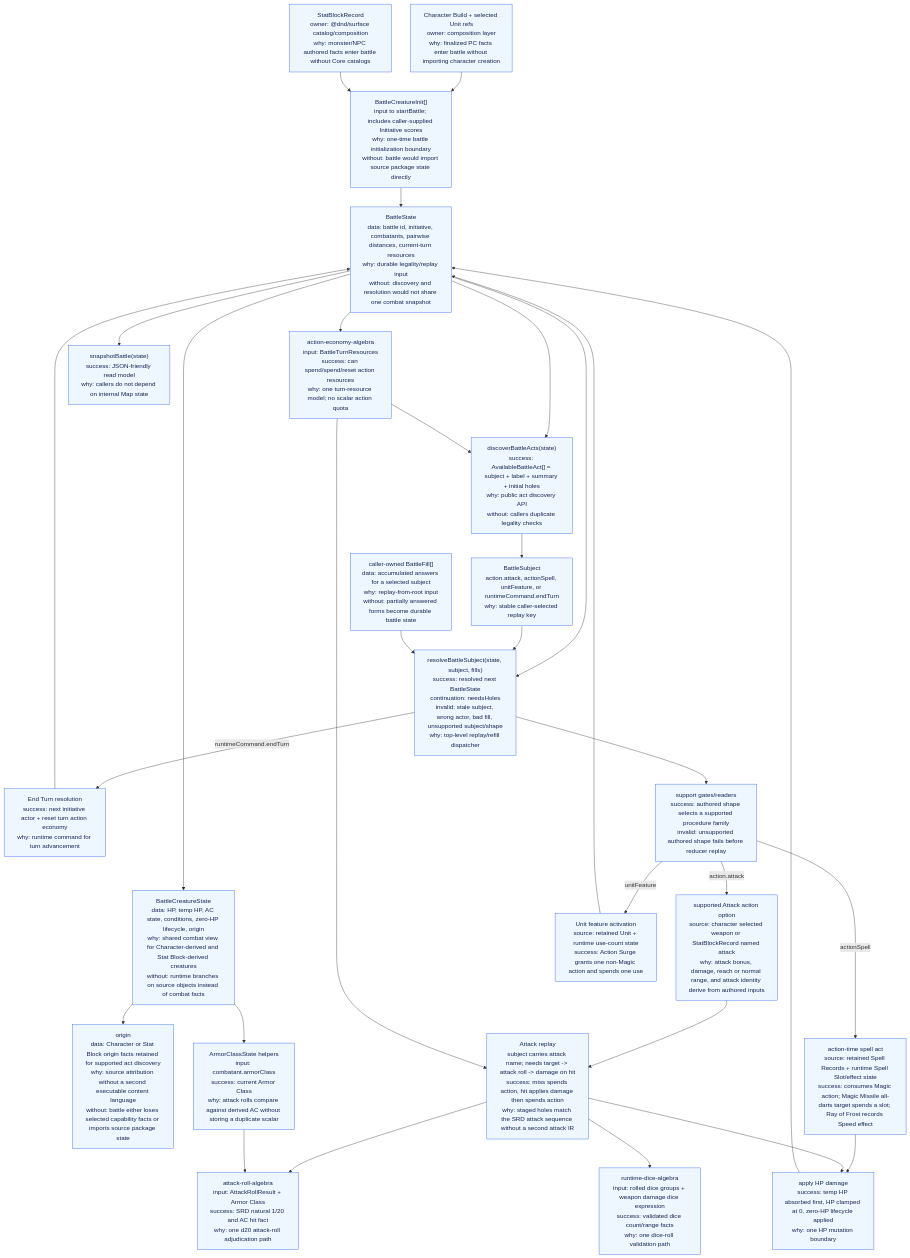
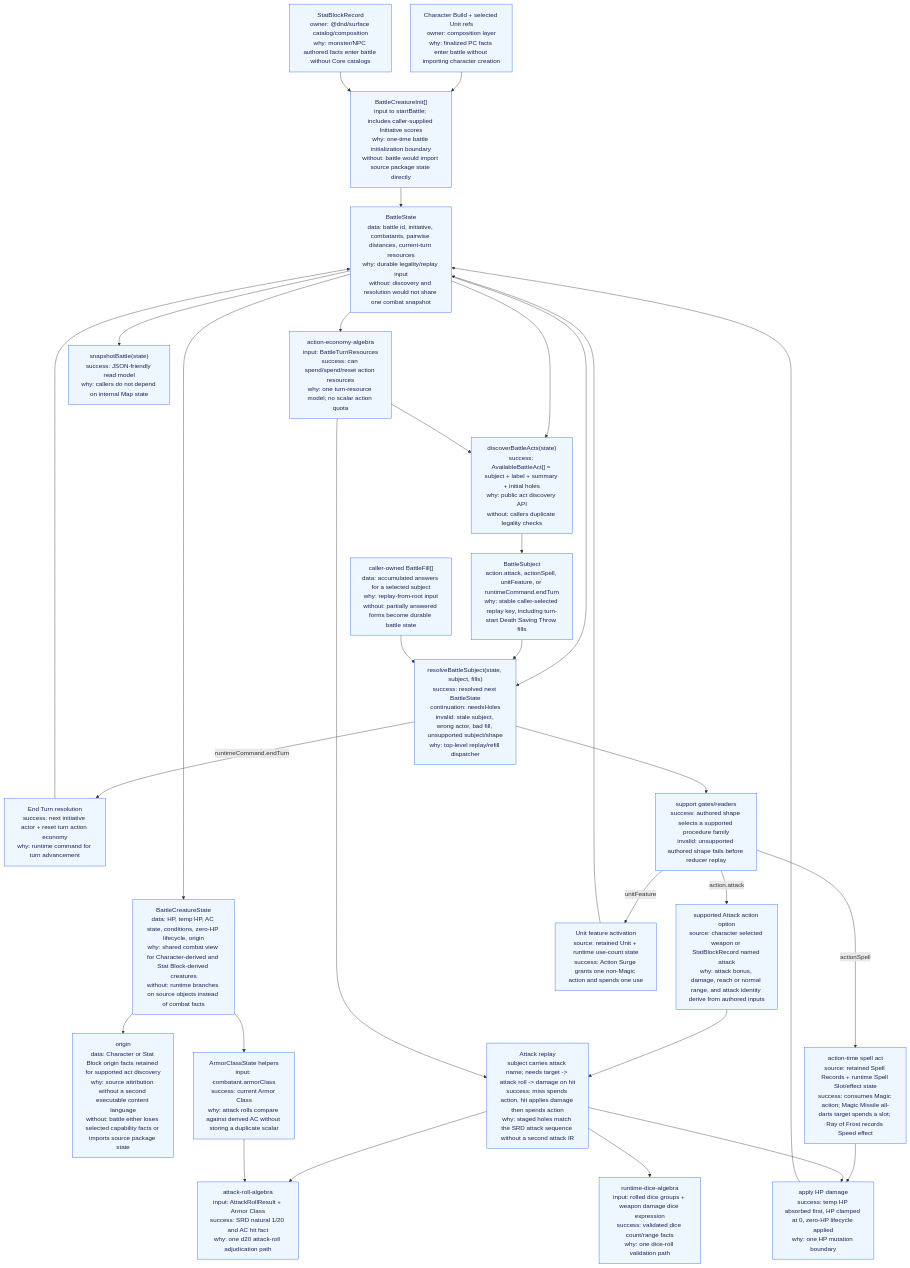
The first of 2 diagrams in packages/battle-runtime/ARCHITECTURE_GRAPH.md (dearlordylord/5e-quint), drawn with Mermaid before and after one commit. The commit also changed 16 other files, not shown here.

````diff
--- a/packages/battle-runtime/ARCHITECTURE_GRAPH.md
+++ b/packages/battle-runtime/ARCHITECTURE_GRAPH.md
@@ -32,51 +32,51 @@
 ```mermaid
 flowchart TD
   CharacterBuild["Character Build + selected Unit refs<br/>owner: composition layer<br/>why: finalized PC facts enter battle without importing character creation"]
   StatBlock["StatBlockRecord<br/>owner: @dnd/surface catalog/composition<br/>why: monster/NPC authored facts enter battle without Core catalogs"]
   Init["BattleCreatureInit[]<br/>input to startBattle; includes caller-supplied Initiative scores<br/>why: one-time battle initialization boundary<br/>without: battle would import source package state directly"]
   State["BattleState<br/>data: battle id, initiative, combatants, pairwise distances, current-turn resources<br/>why: durable legality/replay input<br/>without: discovery and resolution would not share one combat snapshot"]
   Creature["BattleCreatureState<br/>data: HP, temp HP, AC state, conditions, zero-HP lifecycle, origin<br/>why: shared combat view for Character-derived and Stat Block-derived creatures<br/>without: runtime branches on source objects instead of combat facts"]
   Origin["origin<br/>data: Character or Stat Block origin facts retained for supported act discovery<br/>why: source attribution without a second executable content language<br/>without: battle either loses selected capability facts or imports source package state"]
   ArmorClass["ArmorClassState helpers<br/>input: combatant.armorClass<br/>success: current Armor Class<br/>why: attack rolls compare against derived AC without storing a duplicate scalar"]
   ActionEconomy["action-economy-algebra<br/>input: BattleTurnResources<br/>success: can spend/spend/reset action resources<br/>why: one turn-resource model; no scalar action quota"]
   AttackRoll["attack-roll-algebra<br/>input: AttackRollResult + Armor Class<br/>success: SRD natural 1/20 and AC hit fact<br/>why: one d20 attack-roll adjudication path"]
   RuntimeDice["runtime-dice-algebra<br/>input: rolled dice groups + weapon damage dice expression<br/>success: validated dice count/range facts<br/>why: one dice-roll validation path"]
   Discover["discoverBattleActs(state)<br/>success: AvailableBattleAct[] = subject + label + summary + initial holes<br/>why: public act discovery API<br/>without: callers duplicate legality checks"]
-  Subject["BattleSubject<br/>action.attack, actionSpell, unitFeature, or runtimeCommand.endTurn<br/>why: stable caller-selected replay key"]
+  Subject["BattleSubject<br/>action.attack, actionSpell, unitFeature, or runtimeCommand.endTurn<br/>why: stable caller-selected replay key, including turn-start Death Saving Throw fills"]
   FillSession["caller-owned BattleFill[]<br/>data: accumulated answers for a selected subject<br/>why: replay-from-root input<br/>without: partially answered forms become durable battle state"]
   Resolve["resolveBattleSubject(state, subject, fills)<br/>success: resolved next BattleState<br/>continuation: needsHoles<br/>invalid: stale subject, wrong actor, bad fill, unsupported subject/shape<br/>why: top-level replay/refill dispatcher"]
   EndTurn["End Turn resolution<br/>success: next initiative actor + reset turn action economy<br/>why: runtime command for turn advancement"]
   Support["support gates/readers<br/>success: authored shape selects a supported procedure family<br/>invalid: unsupported authored shape fails before reducer replay"]
   AttackOption["supported Attack action option<br/>source: character selected weapon or StatBlockRecord named attack<br/>why: attack bonus, damage, reach or normal range, and attack identity derive from authored inputs"]
   UnitFeature["Unit feature activation<br/>source: retained Unit + runtime use-count state<br/>success: Action Surge grants one non-Magic action and spends one use"]
   SpellAct["action-time spell act<br/>source: retained Spell Records + runtime Spell Slot/effect state<br/>success: consumes Magic action; Magic Missile all-darts target spends a slot; Ray of Frost records Speed effect"]
   AttackReplay["Attack replay<br/>subject carries attack name; needs target -> attack roll -> damage on hit<br/>success: miss spends action, hit applies damage then spends action<br/>why: staged holes match the SRD attack sequence without a second attack IR"]
   Damage["apply HP damage<br/>success: temp HP absorbed first, HP clamped at 0, zero-HP lifecycle applied<br/>why: one HP mutation boundary"]
   Snapshot["snapshotBattle(state)<br/>success: JSON-friendly read model<br/>why: callers do not depend on internal Map state"]
 
   CharacterBuild --> Init
   StatBlock --> Init
   Init --> State --> Creature
   Creature --> Origin
   Creature --> ArmorClass
   State --> ActionEconomy
   State --> Discover --> Subject
   State --> Snapshot
   State --> Resolve
   Subject --> Resolve
   FillSession --> Resolve
   Resolve -->|runtimeCommand.endTurn| EndTurn --> State
   Resolve --> Support
   Support -->|action.attack| AttackOption --> AttackReplay
   Support -->|unitFeature| UnitFeature --> State
   Support -->|actionSpell| SpellAct --> Damage
   AttackReplay --> AttackRoll
   AttackReplay --> RuntimeDice
   AttackReplay --> Damage --> State
   ArmorClass --> AttackRoll
   ActionEconomy --> Discover
   ActionEconomy --> AttackReplay
 
   classDef implemented fill:#eef6ff,stroke:#2563eb,color:#172554;
   class CharacterBuild,StatBlock,Init,State,Creature,Origin,ArmorClass,ActionEconomy,AttackRoll,RuntimeDice,Discover,Subject,FillSession,Resolve,EndTurn,Support,AttackOption,AttackReplay,UnitFeature,SpellAct,Damage,Snapshot implemented;
 ```
````
